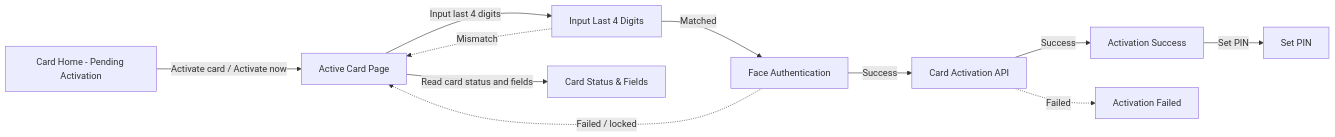
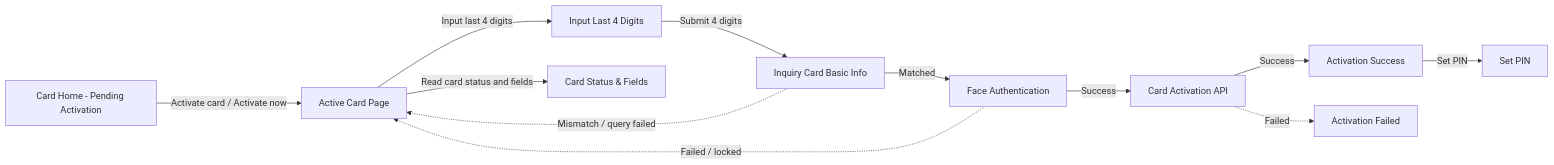
One commit to kelvin381539960-cyber/prd-for-ai changed the second of 2 diagrams in knowledge-base/card/activation.md. Above: the diagram before and after it, drawn with Mermaid. The commit also changed other lines of this file, not shown here.

Commit message:
docs(card): fix activation flow and page rules

````diff
--- a/knowledge-base/card/activation.md
+++ b/knowledge-base/card/activation.md
@@ -113,23 +126,25 @@
 ```mermaid
 flowchart LR
     Home[Card Home - Pending Activation]
     ActivePage[Active Card Page]
     Last4[Input Last 4 Digits]
+    Inquiry[Inquiry Card Basic Info]
     FaceAuth[Face Authentication]
     API[Card Activation API]
     Success[Activation Success]
     Failed[Activation Failed]
     SetPIN[Set PIN]
     Status[Card Status & Fields]
 
     Home -->|Activate card / Activate now| ActivePage
     ActivePage -->|Read card status and fields| Status
     ActivePage -->|Input last 4 digits| Last4
-    Last4 -->|Matched| FaceAuth
-    Last4 -.->|Mismatch| ActivePage
+    Last4 -->|Submit 4 digits| Inquiry
+    Inquiry -->|Matched| FaceAuth
+    Inquiry -.->|Mismatch / query failed| ActivePage
     FaceAuth -->|Success| API
     FaceAuth -.->|Failed / locked| ActivePage
     API -->|Success| Success
     API -.->|Failed| Failed
     Success -->|Set PIN| SetPIN
 ```
````
